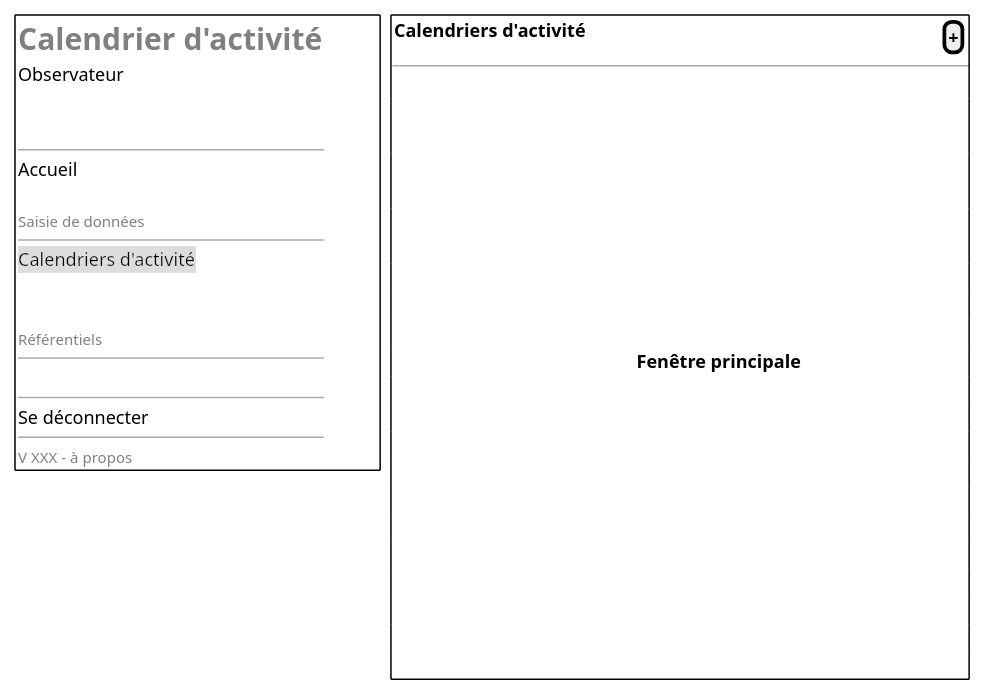
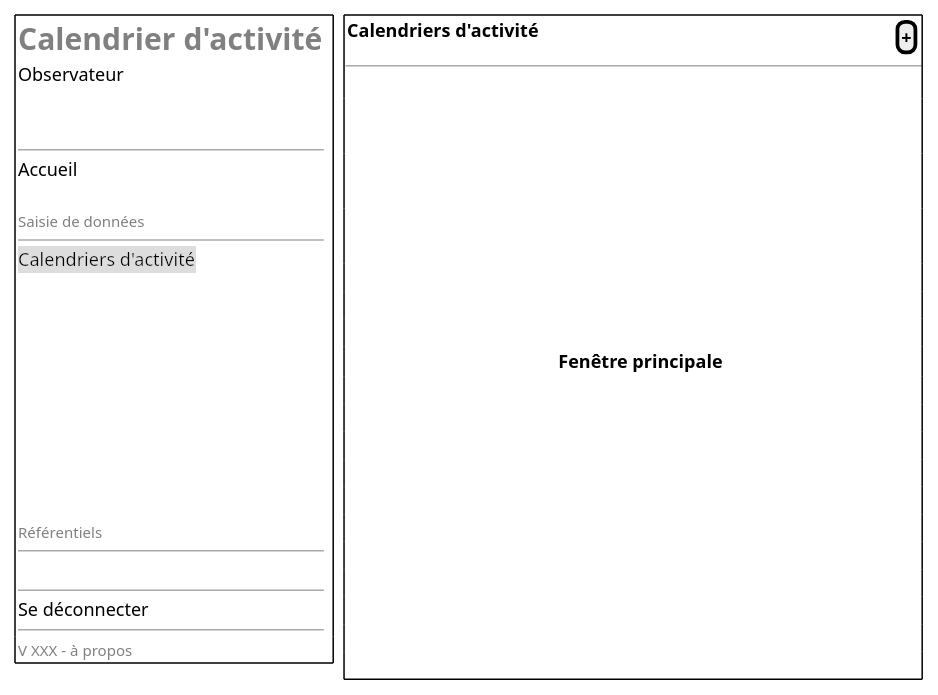
The diagram in projects/activity-calendar/spe/images/activity-calendar-tree.puml (sumaris-net/sumaris-doc), drawn with PlantUML before and after one commit. The commit also changed 16 other files, not shown here.

```diff
--- a/projects/activity-calendar/spe/images/activity-calendar-tree.puml
+++ b/projects/activity-calendar/spe/images/activity-calendar-tree.puml
@@ -1,58 +1,65 @@
 @startsalt
 {
   {+
    {
-       <b><font color=grey size=20>Calendrier d'activité    | . | . | . | . | . | . | .
+       <b><font color=grey size=20>Calendrier d'activité
        Observateur
        .
        .
        --
        Accueil    | .
        .
        <font color=grey size=10>Saisie de données
        --
        <back:#DDD>Calendriers d'activité
        | .
+       .
+       .
+       .
+       .
+       .
+       .
+       .
 
        .
        <font color=grey size=10>Référentiels
        --
        .
 
        --
        Se déconnecter       | .
        --
    }
 
    {
       <font color=grey size=10>V XXX - à propos
    }
   } | . | {+
     { <b>Calendriers d'activité | . |  . |  . | . | . | . | . | . | . | . | . | . | . | . | . | . | . |. |. |. |. |. |. |. |. |. |. |. |. |. |. |. |. |. |. |. |. |. |. |. |. |. |. |. |. |[<b>+] }
     --
     .
     .
     .
     .
     .
     .
     .
     .
     .
     .
-    { | . | . | . | . | . | . | . | . | . | . | . | . | . | . | . | . | . | . | . | . | . | . | . | . | . | . | . | . | . | . | . | <b>Fenêtre principale }
+    { | . | . | . | . | . | . | . | . | . | . | . | . | . | . | . | . | . | . | . | . | . | . | . | . | . | . | . | <b>Fenêtre principale }
     .
     .
     .
     .
     .
     .
     .
     .
     .
     .
     .
 
     } | . |
 }
 @endsalt
```
